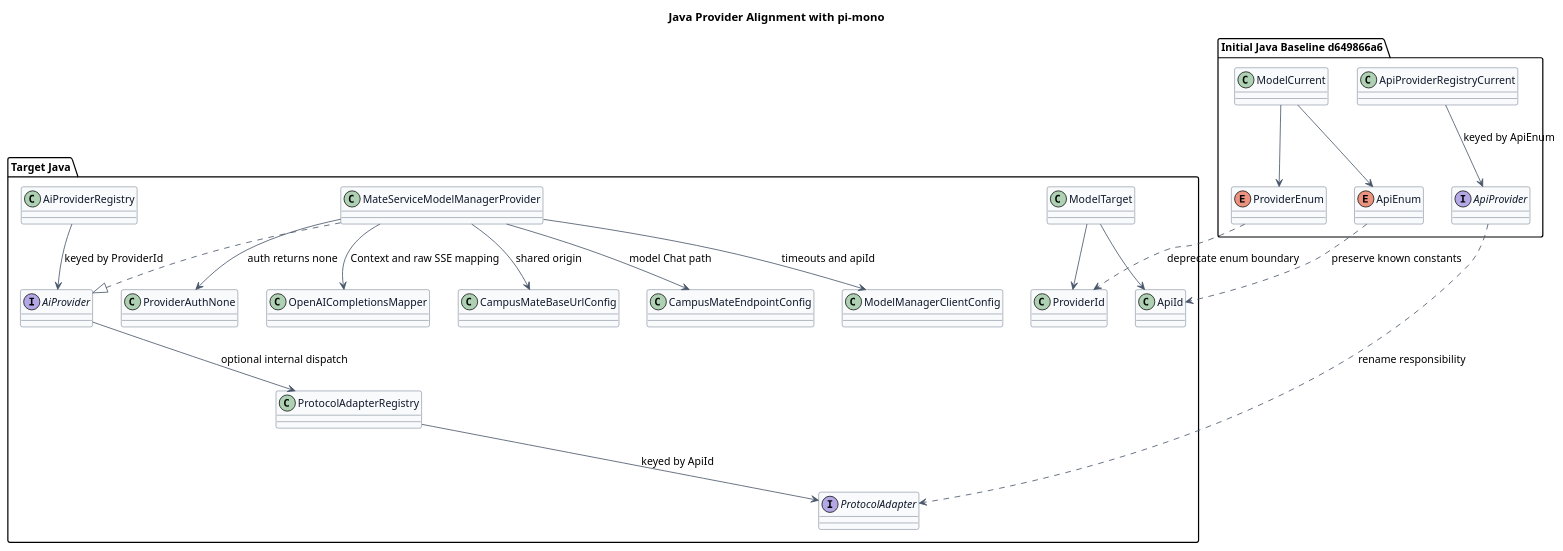
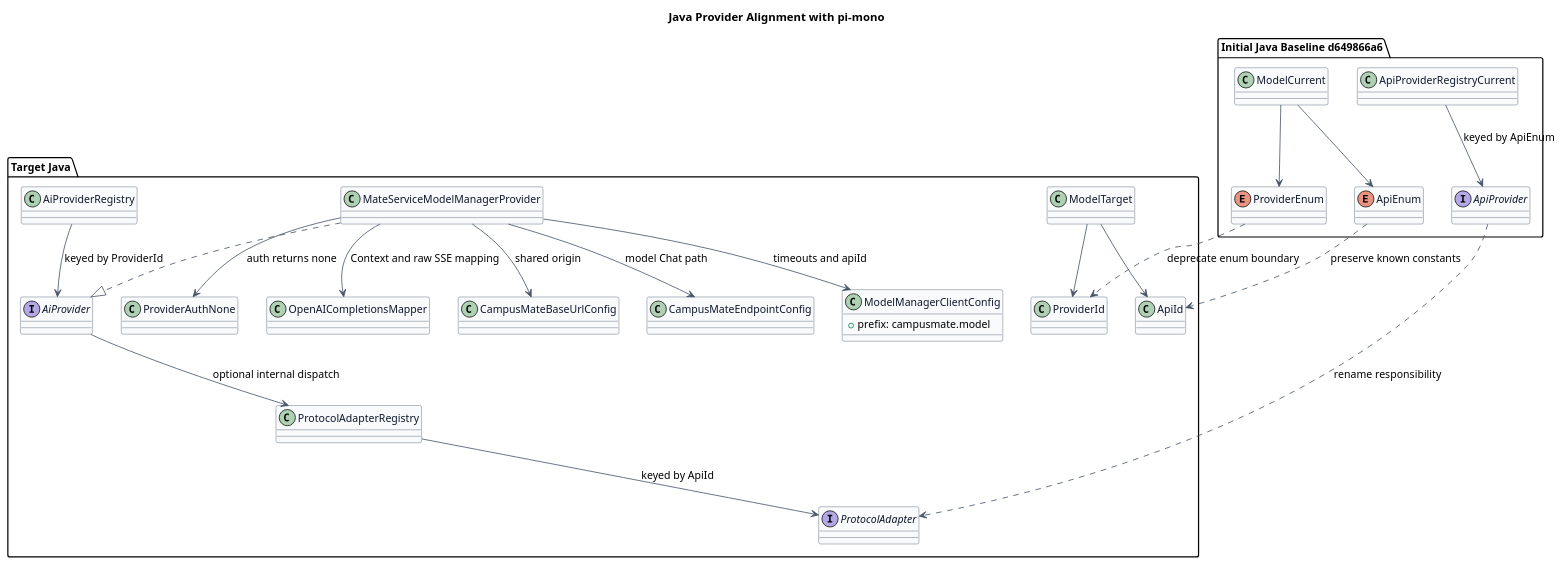
Before and after one commit to ssm0808/pi-mono-java-design: the fourth of 5 diagrams in model-manager-provider-contract/diagram.puml, drawn with PlantUML. The commit also changed other lines of this file and 8 other files, not shown here.

```diff
--- a/model-manager-provider-contract/diagram.puml
+++ b/model-manager-provider-contract/diagram.puml
@@ -228,67 +229,70 @@
 @startuml java_provider_alignment
 title Java Provider Alignment with pi-mono
 
 ' Source evidence:
 ' pi-mono packages/ai/src/models.ts: Provider and Models registry keyed by provider.id
 ' pi-mono packages/ai/src/api/openai-completions.ts: Chat conversion and stream processing
 ' pi-mono-java modules/ai/src/main/java/com/campusclaw/ai/provider/ApiProviderRegistry.java: registry keyed by Api
 ' pi-mono-java modules/ai/src/main/java/com/campusclaw/ai/provider/openai/OpenAICompletionsProvider.java: current Chat mapper
 ' pi-mono-java modules/ai/src/main/java/com/campusclaw/ai/types/Provider.java: closed enum with CUSTOM
 ' pi-mono-java modules/coding-agent-cli/src/main/resources/application.yml:89-140, three CampusMate address keys
 ' Java divergence: the initial d649866a6 baseline models protocol adapters as providers and cannot preserve arbitrary provider identity.
 ' Architecture change: add open ProviderId and ApiId values, resolve AiProvider by providerId, and configure apiId internally.
 ' Architecture change: Model Manager, Runtime, and Tool clients share one campusmate tree and endpoint catalog.
+' Architecture change: model options bind to campusmate.model while component and provider names remain stable.
 
 skinparam backgroundColor #FFFFFF
 skinparam shadowing false
 skinparam defaultFontName Arial
 skinparam defaultFontSize 13
 skinparam class {
   BackgroundColor #F8FAFC
   BorderColor #475569
   FontColor #0F172A
   ArrowColor #475569
 }
 
 package "Initial Java Baseline d649866a6" {
   enum ProviderEnum
   enum ApiEnum
   class ModelCurrent
   interface ApiProvider
   class ApiProviderRegistryCurrent
   ModelCurrent --> ProviderEnum
   ModelCurrent --> ApiEnum
   ApiProviderRegistryCurrent --> ApiProvider : keyed by ApiEnum
 }
 
 package "Target Java" {
   class ProviderId
   class ApiId
   class ModelTarget
   interface AiProvider
   class AiProviderRegistry
   interface ProtocolAdapter
   class ProtocolAdapterRegistry
   class ProviderAuthNone
   class MateServiceModelManagerProvider
   class OpenAICompletionsMapper
   class CampusMateBaseUrlConfig
   class CampusMateEndpointConfig
-  class ModelManagerClientConfig
+  class ModelManagerClientConfig {
+    +prefix: campusmate.model
+  }
   ModelTarget --> ProviderId
   ModelTarget --> ApiId
   AiProviderRegistry --> AiProvider : keyed by ProviderId
   AiProvider --> ProtocolAdapterRegistry : optional internal dispatch
   ProtocolAdapterRegistry --> ProtocolAdapter : keyed by ApiId
   MateServiceModelManagerProvider ..|> AiProvider
   MateServiceModelManagerProvider --> ProviderAuthNone : auth returns none
   MateServiceModelManagerProvider --> OpenAICompletionsMapper : Context and raw SSE mapping
   MateServiceModelManagerProvider --> CampusMateBaseUrlConfig : shared origin
   MateServiceModelManagerProvider --> CampusMateEndpointConfig : model Chat path
   MateServiceModelManagerProvider --> ModelManagerClientConfig : timeouts and apiId
 }
 
 ProviderEnum ..> ProviderId : deprecate enum boundary
 ApiEnum ..> ApiId : preserve known constants
 ApiProvider ..> ProtocolAdapter : rename responsibility
 @enduml
```
